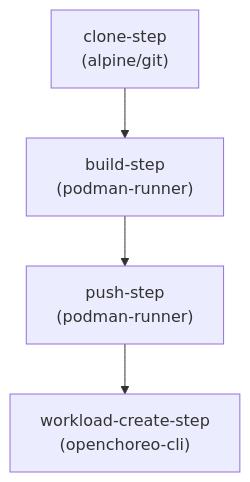
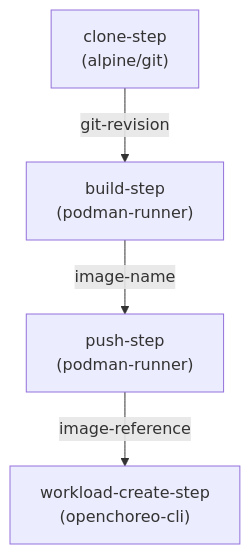
Before and after one commit to openchoreo/openchoreo: the second of 7 diagrams in docs/deepwiki/Build-Plane-and-Argo-Integration.md, drawn with Mermaid. The commit also changed other lines of this file and 85 other files, not shown here.

Commit message:
feat: Add new workflow and specification templates, update Helm chart dependencies, and clarify documentation diagrams.

````diff
--- a/docs/deepwiki/Build-Plane-and-Argo-Integration.md
+++ b/docs/deepwiki/Build-Plane-and-Argo-Integration.md
@@ -184,12 +184,12 @@
 ```mermaid
 flowchart TD
 
 CloneStep["clone-step<br>(alpine/git)"]
 BuildStep["build-step<br>(podman-runner)"]
 PushStep["push-step<br>(podman-runner)"]
 WorkloadStep["workload-create-step<br>(openchoreo-cli)"]
 
-CloneStep --> BuildStep
-BuildStep --> PushStep
-PushStep --> WorkloadStep
+CloneStep -->|"git-revision"| BuildStep
+BuildStep -->|"image-name"| PushStep
+PushStep -->|"image-reference"| WorkloadStep
 ```
````
